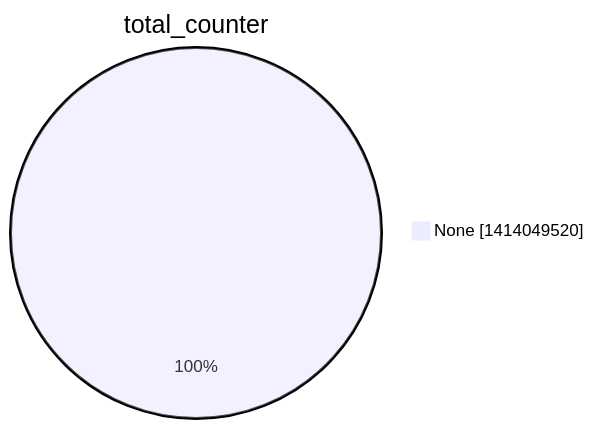
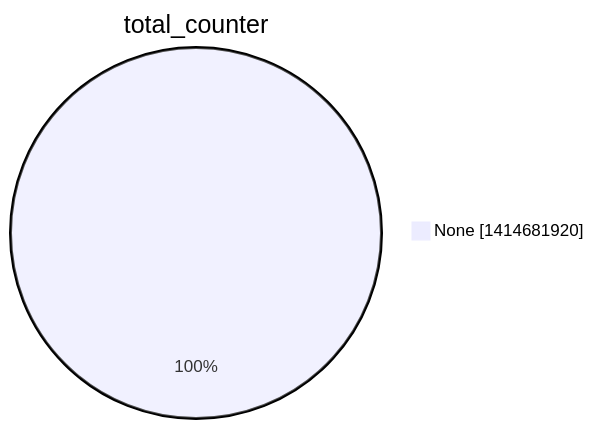
The second of 15 diagrams in argon2022/README.md (christiankrug/ctmonitor_visualization), drawn with Mermaid before and after one commit. The commit also changed other lines of this file, not shown here.

````diff
--- a/argon2022/README.md
+++ b/argon2022/README.md
@@ -9,5 +9,5 @@
 ```mermaid
 pie showData
 title total_counter
-"None" :1414049520
+"None" :1414681920
 ```
````
